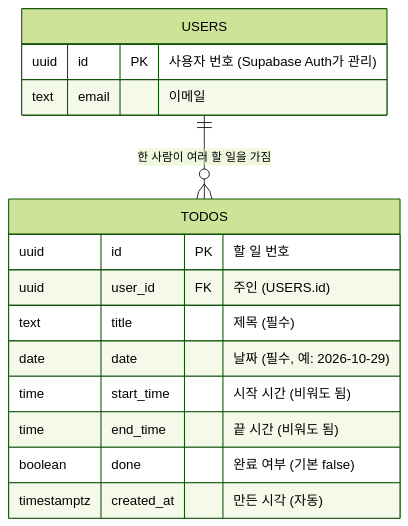
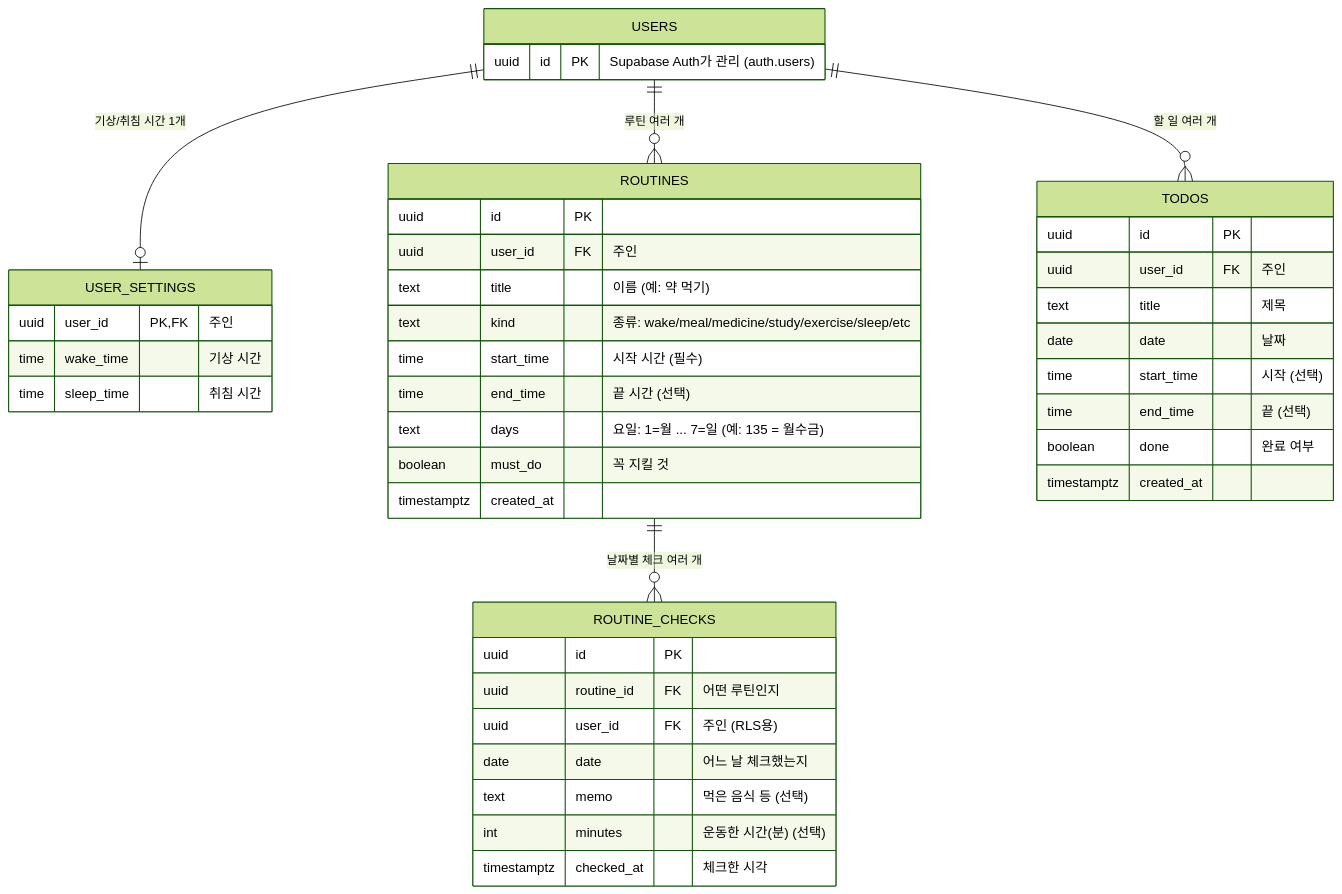
The diagram in DB.md (Gkerala/todo), drawn with Mermaid (forest theme) before and after one commit. The commit also changed other lines of this file and 42 other files, not shown here.

````diff
--- a/DB.md
+++ b/DB.md
@@ -7,18 +8,46 @@
 ```mermaid
 erDiagram
-    USERS ||--o{ TODOS : "한 사람이 여러 할 일을 가짐"
+    USERS ||--o| USER_SETTINGS : "기상/취침 시간 1개"
+    USERS ||--o{ ROUTINES : "루틴 여러 개"
+    USERS ||--o{ TODOS : "할 일 여러 개"
+    ROUTINES ||--o{ ROUTINE_CHECKS : "날짜별 체크 여러 개"
+
     USERS {
-        uuid id PK "사용자 번호 (Supabase Auth가 관리)"
-        text email "이메일"
+        uuid id PK "Supabase Auth가 관리 (auth.users)"
+    }
+    USER_SETTINGS {
+        uuid user_id PK, FK "주인"
+        time wake_time "기상 시간"
+        time sleep_time "취침 시간"
+    }
+    ROUTINES {
+        uuid id PK
+        uuid user_id FK "주인"
+        text title "이름 (예: 약 먹기)"
+        text kind "종류: wake/meal/medicine/study/exercise/sleep/etc"
+        time start_time "시작 시간 (필수)"
+        time end_time "끝 시간 (선택)"
+        text days "요일: 1=월 ... 7=일 (예: 135 = 월수금)"
+        boolean must_do "꼭 지킬 것"
+        timestamptz created_at
+    }
+    ROUTINE_CHECKS {
+        uuid id PK
+        uuid routine_id FK "어떤 루틴인지"
+        uuid user_id FK "주인 (RLS용)"
+        date date "어느 날 체크했는지"
+        text memo "먹은 음식 등 (선택)"
+        int minutes "운동한 시간(분) (선택)"
+        timestamptz checked_at "체크한 시각"
     }
     TODOS {
-        uuid id PK "할 일 번호"
-        uuid user_id FK "주인 (USERS.id)"
-        text title "제목 (필수)"
-        date date "날짜 (필수, 예: 2026-10-29)"
-        time start_time "시작 시간 (비워도 됨)"
-        time end_time "끝 시간 (비워도 됨)"
-        boolean done "완료 여부 (기본 false)"
-        timestamptz created_at "만든 시각 (자동)"
+        uuid id PK
+        uuid user_id FK "주인"
+        text title "제목"
+        date date "날짜"
+        time start_time "시작 (선택)"
+        time end_time "끝 (선택)"
+        boolean done "완료 여부"
+        timestamptz created_at
     }
 ```
````
